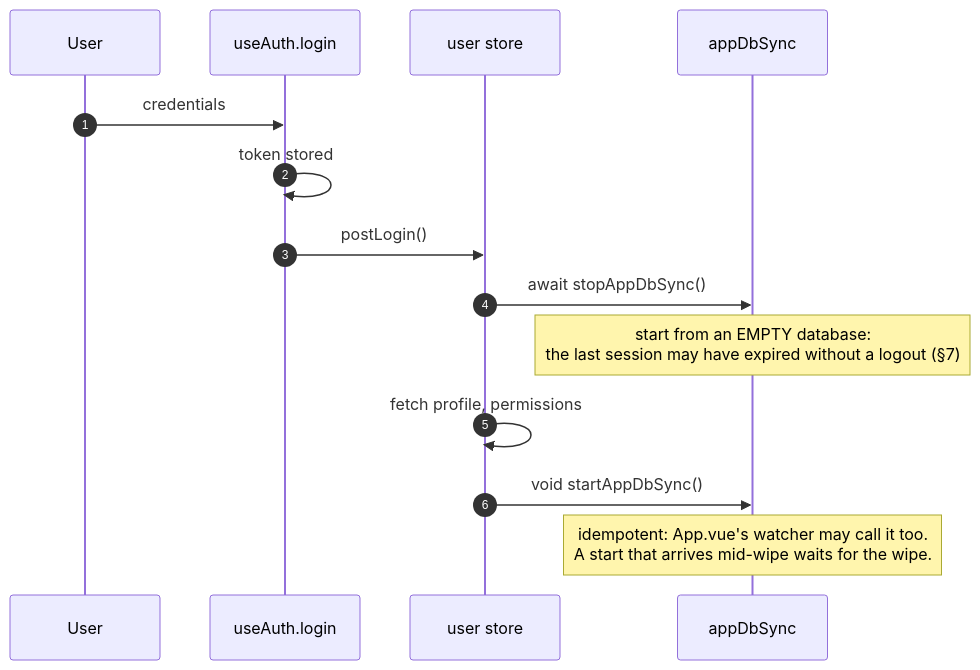
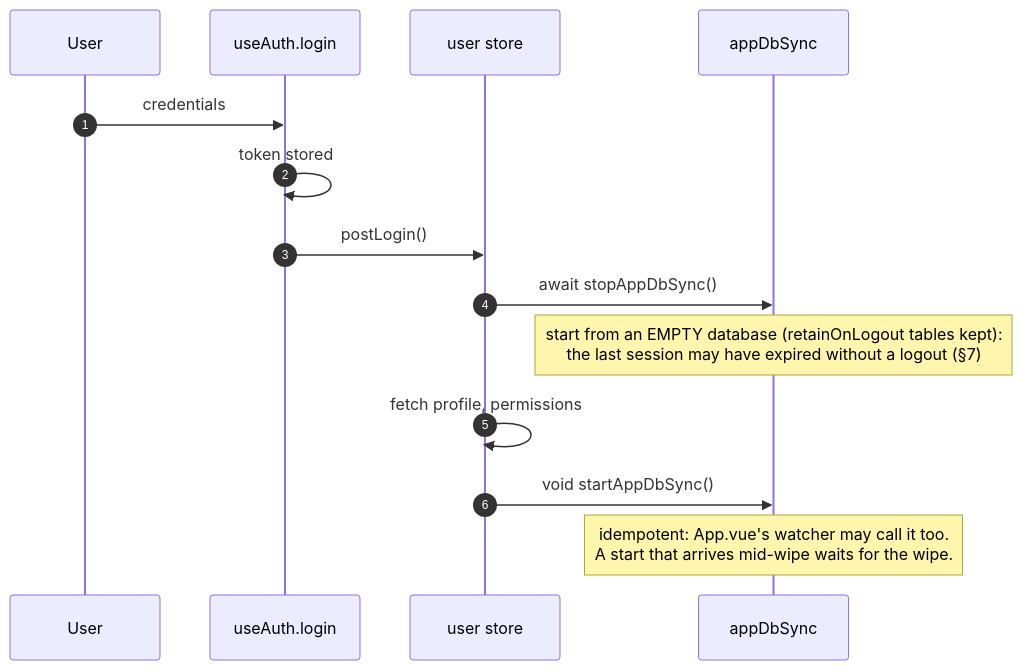
Before and after one commit to hotwax/accxui: the second of 11 diagrams in docs/APP_DB_SYNC_FLOWS.md, drawn with Mermaid. The commit also changed other lines of this file and 1 other file, not shown here.

````diff
--- a/docs/APP_DB_SYNC_FLOWS.md
+++ b/docs/APP_DB_SYNC_FLOWS.md
@@ -57,17 +57,17 @@
 ```mermaid
 sequenceDiagram
     autonumber
     participant U as User
     participant AUTH as useAuth.login
     participant US as user store
     participant SAS as appDbSync
 
     U->>AUTH: credentials
     AUTH->>AUTH: token stored
     AUTH->>US: postLogin()
     US->>SAS: await stopAppDbSync()
-    Note over SAS: start from an EMPTY database:<br/>the last session may have expired without a logout (§7)
+    Note over SAS: start from an EMPTY database (retainOnLogout tables kept):<br/>the last session may have expired without a logout (§7)
     US->>US: fetch profile, permissions
     US->>SAS: void startAppDbSync()
     Note over SAS: idempotent: App.vue's watcher may call it too.<br/>A start that arrives mid-wipe waits for the wipe.
 ```
````
